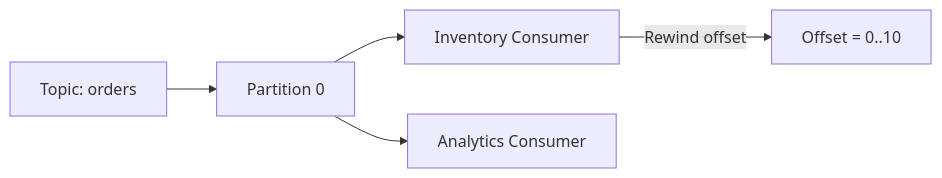
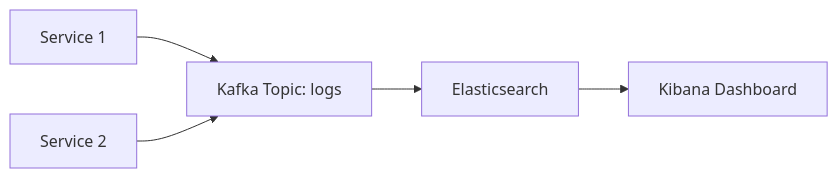
Before and after one commit to nbicocchi/learn-microservices: the third of 7 diagrams in modules/communication-async/slides/4 - Async communication (Kafka).md, drawn with Mermaid. The commit also changed other lines of this file, not shown here.

````diff
--- a/modules/communication-async/slides/4 - Async communication (Kafka).md
+++ b/modules/communication-async/slides/4 - Async communication (Kafka).md
@@ -110,13 +96,13 @@
 ```mermaid
 flowchart LR
-    Topic[Topic: orders]
-    Partition[Partition 0]
-    Consumer1[Inventory Consumer]
-    Consumer2[Analytics Consumer]
-    Offset[Offset = 0..10]
+    Service1[Service 1]
+    Service2[Service 2]
+    KafkaTopic[Kafka Topic: logs]
+    Elasticsearch[Elasticsearch]
+    Kibana[Kibana Dashboard]
 
-    Topic --> Partition
-    Partition --> Consumer1
-    Partition --> Consumer2
-    Consumer1 -->|Rewind offset| Offset
+    Service1 --> KafkaTopic
+    Service2 --> KafkaTopic
+    KafkaTopic --> Elasticsearch
+    Elasticsearch --> Kibana
 ```
````
